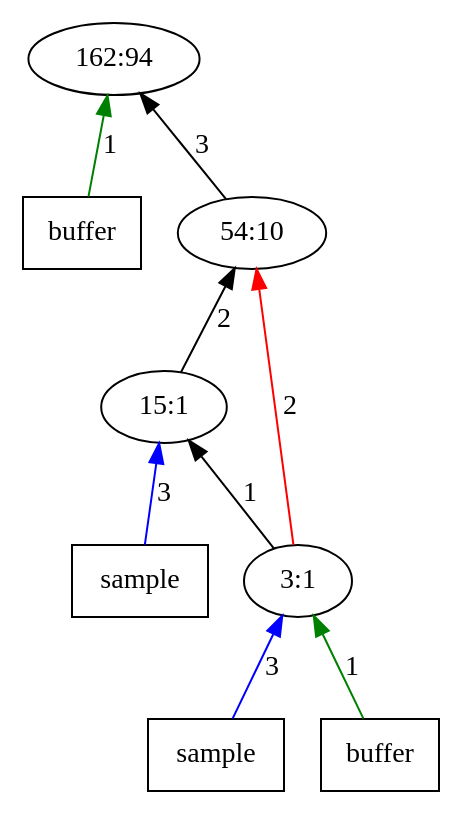
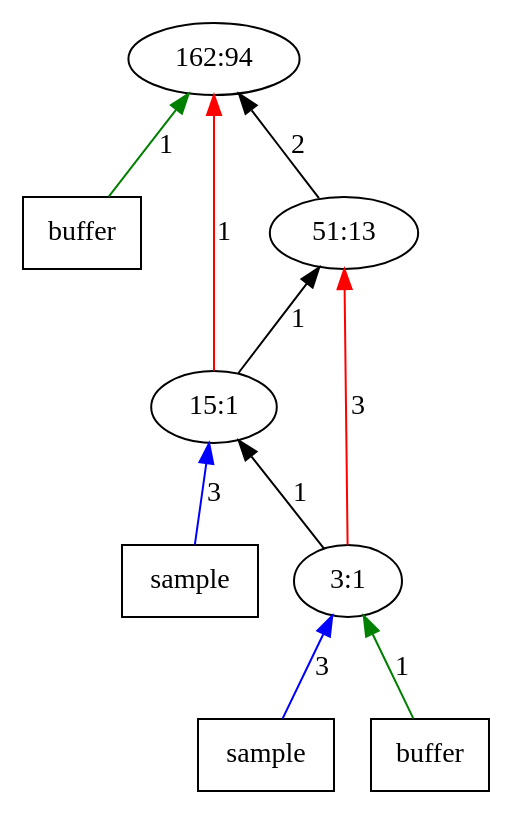
The diagram in outputTrees/op94.dot (AbhikKhan/MTP_IITG), drawn with Graphviz before and after one commit. The commit also changed 680 other files, not shown here.

```diff
--- a/outputTrees/op94.dot
+++ b/outputTrees/op94.dot
@@ -1,19 +1,20 @@
 digraph Tree{
 	rankdir="BT"
 	x12 -> 1 [label = "1", color = "green"];
 	x12 [label = "buffer", shape = "box"];
 	1 [label = "162:94"];
-	2 -> 1 [label = "3", color = "black"];
-	2 [label = "54:10"];
-	3 -> 2 [label = "2", color = "black"];
+	2 -> 1 [label = "2", color = "black"];
+	2 [label = "51:13"];
+	3 -> 2 [label = "1", color = "black"];
+	3 -> 1 [label = "1", color = "red"];
 	x31 -> 3 [label = "3", color = "blue"];
 	x31 [label = "sample", shape = "box"];
 	3 [label = "15:1"];
 	4 -> 3 [label = "1", color = "black"];
-	4 -> 2 [label = "2", color = "red"];
+	4 -> 2 [label = "3", color = "red"];
 	x41 -> 4 [label = "3", color = "blue"];
 	x41 [label = "sample", shape = "box"];
 	x42 -> 4 [label = "1", color = "green"];
 	x42 [label = "buffer", shape = "box"];
 	4 [label = "3:1"];
 }
```
